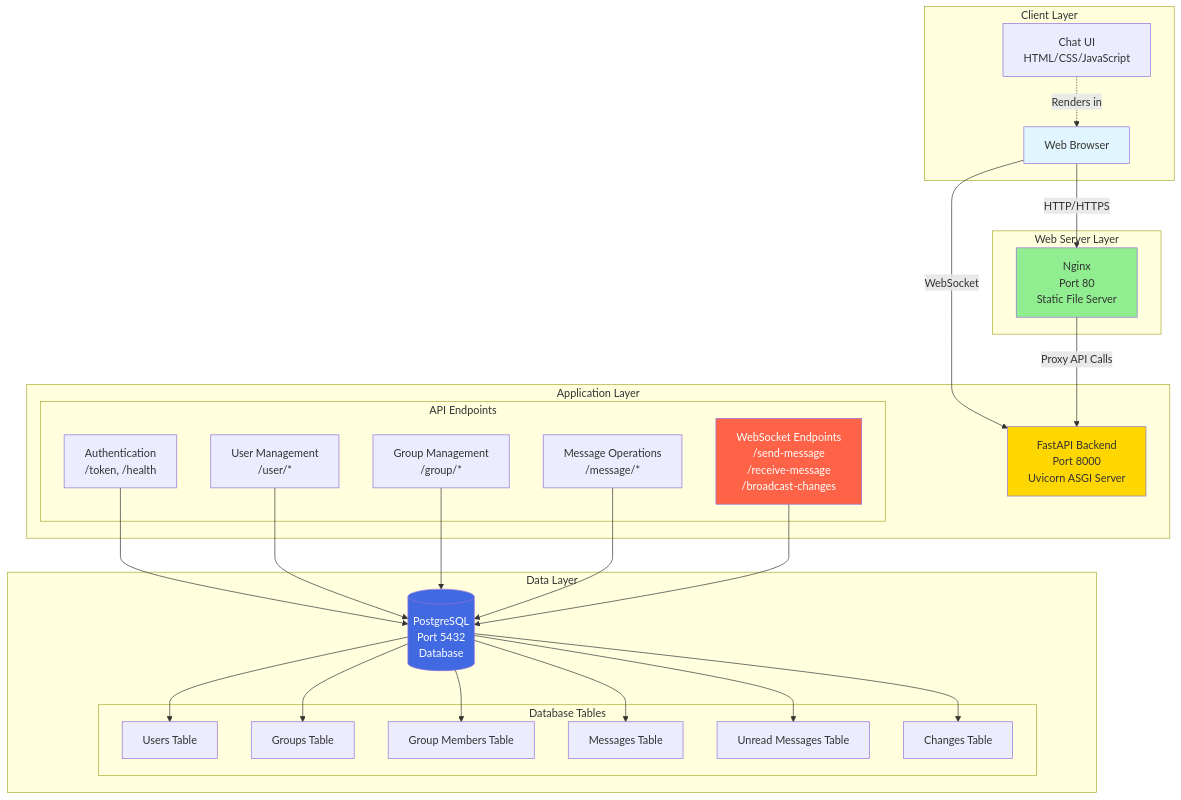
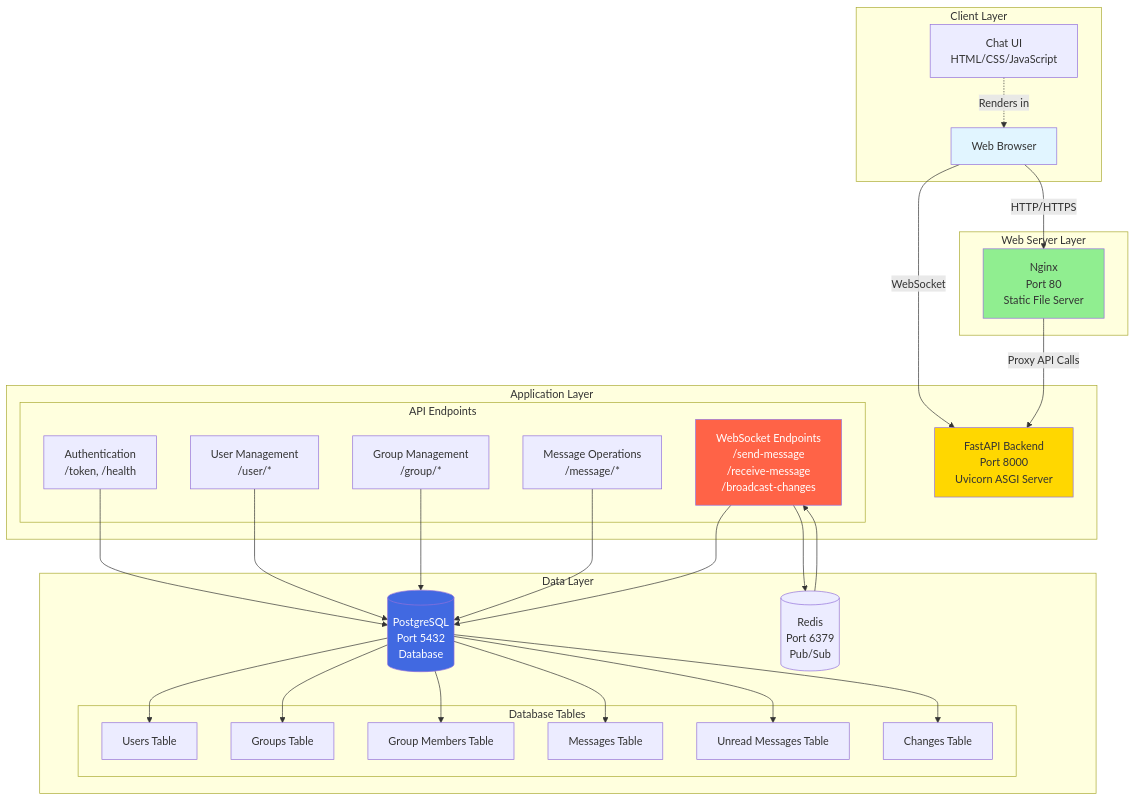
Before and after one commit to Ducksss/socketio-chat: the diagram in ARCHITECTURE.md, drawn with Mermaid. The commit also changed other lines of this file and 10 other files, not shown here.

Commit message:
feat: Redis Pub/Sub for horizontal scailing

````diff
--- a/ARCHITECTURE.md
+++ b/ARCHITECTURE.md
@@ -9,60 +9,63 @@
 ```mermaid
 graph TB
     subgraph "Client Layer"
         Browser[Web Browser]
         ChatUI[Chat UI<br/>HTML/CSS/JavaScript]
     end
 
     subgraph "Web Server Layer"
         Nginx[Nginx<br/>Port 80<br/>Static File Server]
     end
 
     subgraph "Application Layer"
         FastAPI[FastAPI Backend<br/>Port 8000<br/>Uvicorn ASGI Server]
         
         subgraph "API Endpoints"
             Auth[Authentication<br/>/token, /health]
             UserAPI[User Management<br/>/user/*]
             GroupAPI[Group Management<br/>/group/*]
             MessageAPI[Message Operations<br/>/message/*]
             WS[WebSocket Endpoints<br/>/send-message<br/>/receive-message<br/>/broadcast-changes]
         end
     end
 
     subgraph "Data Layer"
         PostgreSQL[(PostgreSQL<br/>Port 5432<br/>Database)]
+        Redis[(Redis<br/>Port 6379<br/>Pub/Sub)]
         
         subgraph "Database Tables"
             Users[Users Table]
             Groups[Groups Table]
             Members[Group Members Table]
             Messages[Messages Table]
             Unread[Unread Messages Table]
             Changes[Changes Table]
         end
     end
 
     Browser -->|HTTP/HTTPS| Nginx
     Browser -->|WebSocket| FastAPI
     Nginx -->|Proxy API Calls| FastAPI
     ChatUI -.->|Renders in| Browser
     
     Auth --> PostgreSQL
     UserAPI --> PostgreSQL
     GroupAPI --> PostgreSQL
     MessageAPI --> PostgreSQL
     WS --> PostgreSQL
+    WS --> Redis
     
     PostgreSQL --> Users
     PostgreSQL --> Groups
     PostgreSQL --> Members
     PostgreSQL --> Messages
     PostgreSQL --> Unread
     PostgreSQL --> Changes
+    Redis --> WS
 
     style Browser fill:#e1f5ff
     style Nginx fill:#90EE90
     style FastAPI fill:#FFD700
     style PostgreSQL fill:#4169E1,color:#fff
     style WS fill:#FF6347,color:#fff
 ```
````
